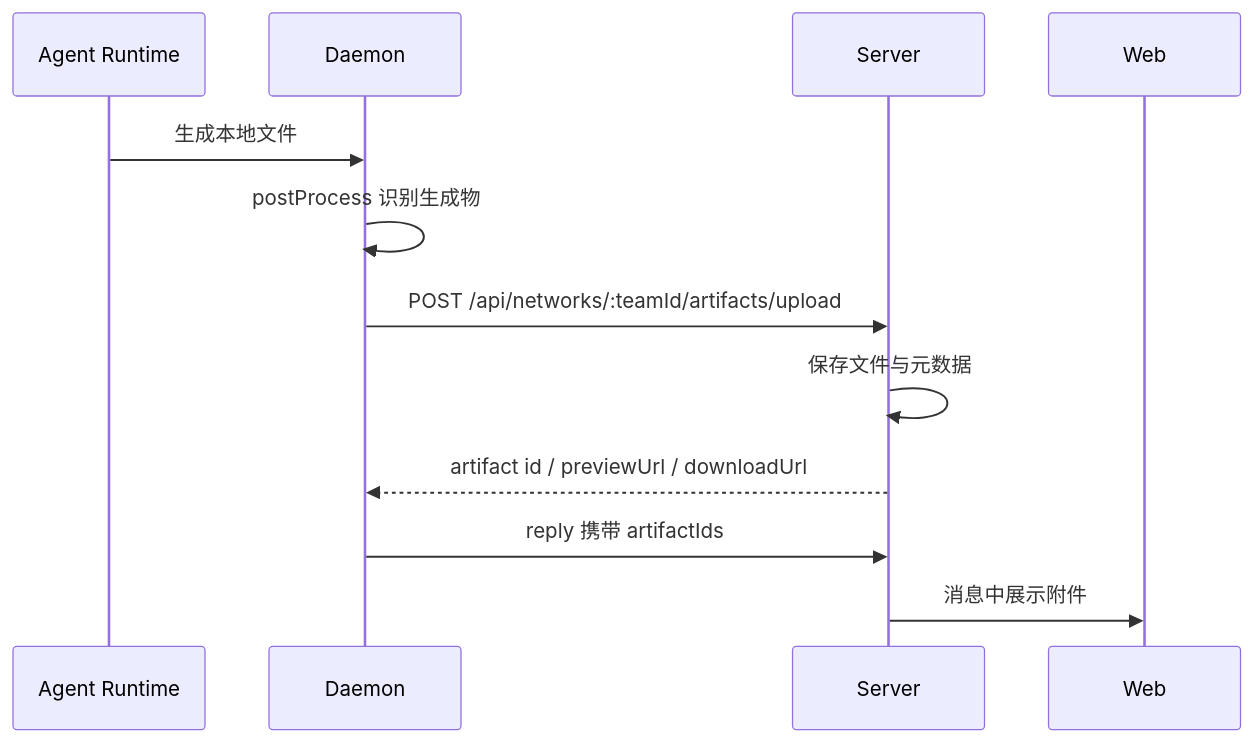
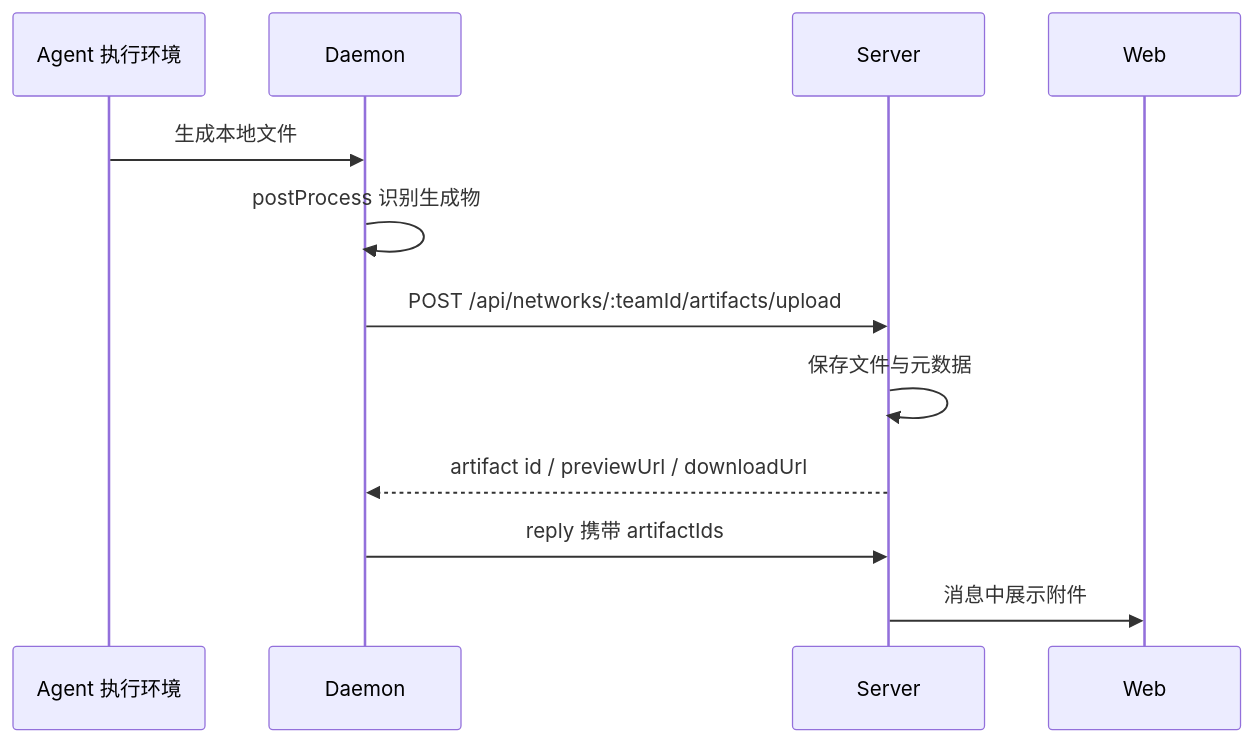
One commit to xiaojichao/agentbean changed the sixth of 6 diagrams in README.md. Above: the diagram before and after it, drawn with Mermaid. The commit also changed other lines of this file and 8 other files, not shown here.

````diff
--- a/README.md
+++ b/README.md
@@ -175,15 +175,15 @@
 ```mermaid
 sequenceDiagram
-  participant A as Agent Runtime
+  participant A as Agent 执行环境
   participant D as Daemon
   participant S as Server
   participant W as Web
 
   A->>D: 生成本地文件
   D->>D: postProcess 识别生成物
   D->>S: POST /api/networks/:teamId/artifacts/upload
   S->>S: 保存文件与元数据
   S-->>D: artifact id / previewUrl / downloadUrl
   D->>S: reply 携带 artifactIds
   S->>W: 消息中展示附件
 ```
````
